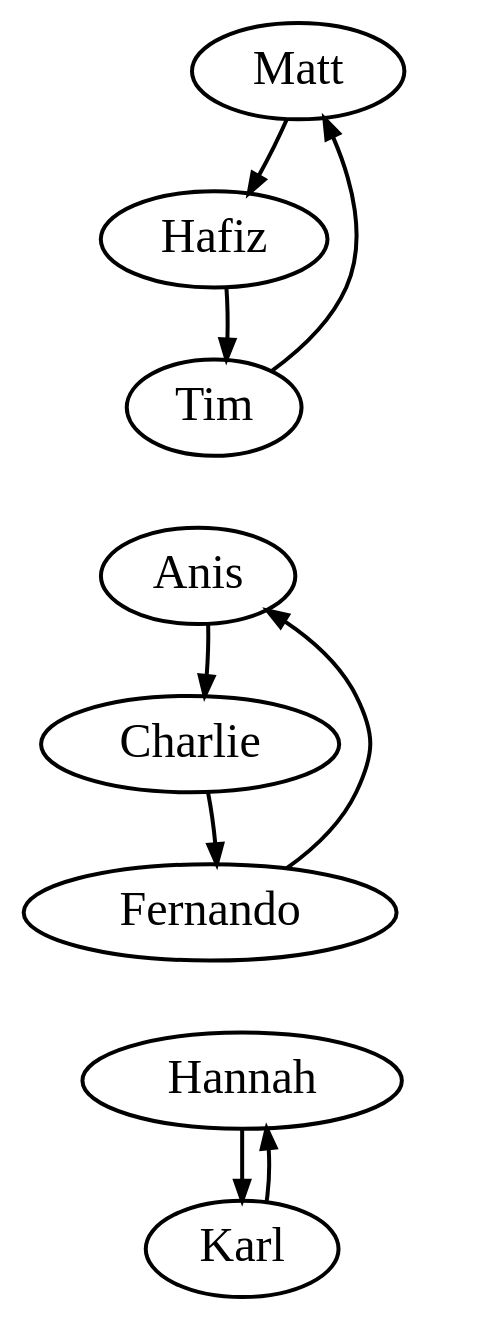
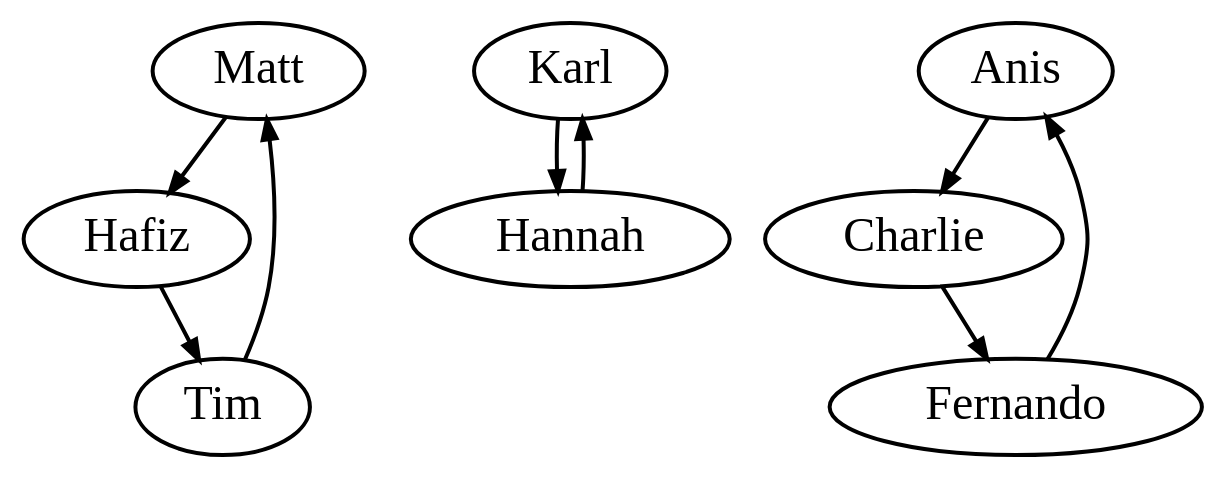
The diagram in diagram/presentation/trios_and_duets.dot (create-ensemble/feedback), drawn with Graphviz before and after one commit. The commit also changed 11 other files, not shown here.

Commit message:
presentation diagrams

```diff
--- a/diagram/presentation/trios_and_duets.dot
+++ b/diagram/presentation/trios_and_duets.dot
@@ -1,7 +1,15 @@
 digraph trios_and_duets {
   edge [penwidth=2] node [penwidth=2, fontsize=24]
-  Matt -> Hafiz -> Tim -> Anis -> Charlie -> Fernando -> Hannah -> Karl -> Matt [style=invis]
+  Matt     [pos="527.681,-98.5215"]
+  Hafiz    [pos="327.075,-15.4274"]
+  Karl     [pos="610.776,-299.128"]
+  Tim      [pos="126.468,-98.5215"]
+  Anis     [pos="43.3738,-299.128"]
+  Charlie  [pos="126.468,-499.735"]
+  Fernando [pos="327.075,-582.829"]
+  Hannah   [pos="527.681,-499.735"]
+
   Matt -> Hafiz -> Tim -> Matt
   Anis -> Charlie -> Fernando -> Anis
   Hannah -> Karl -> Hannah
 }
```
